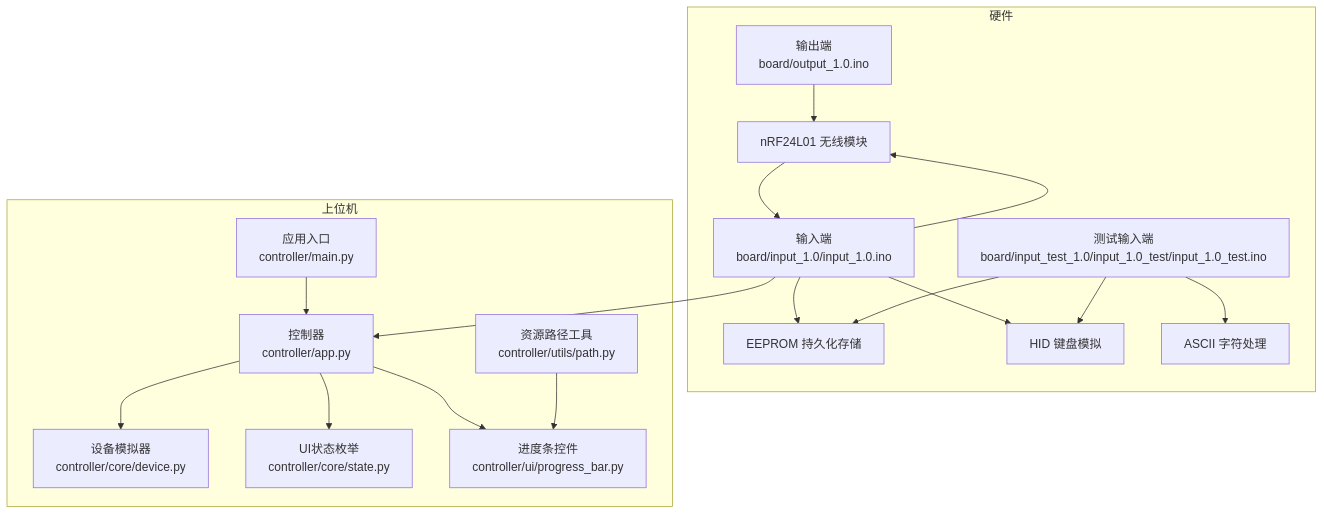
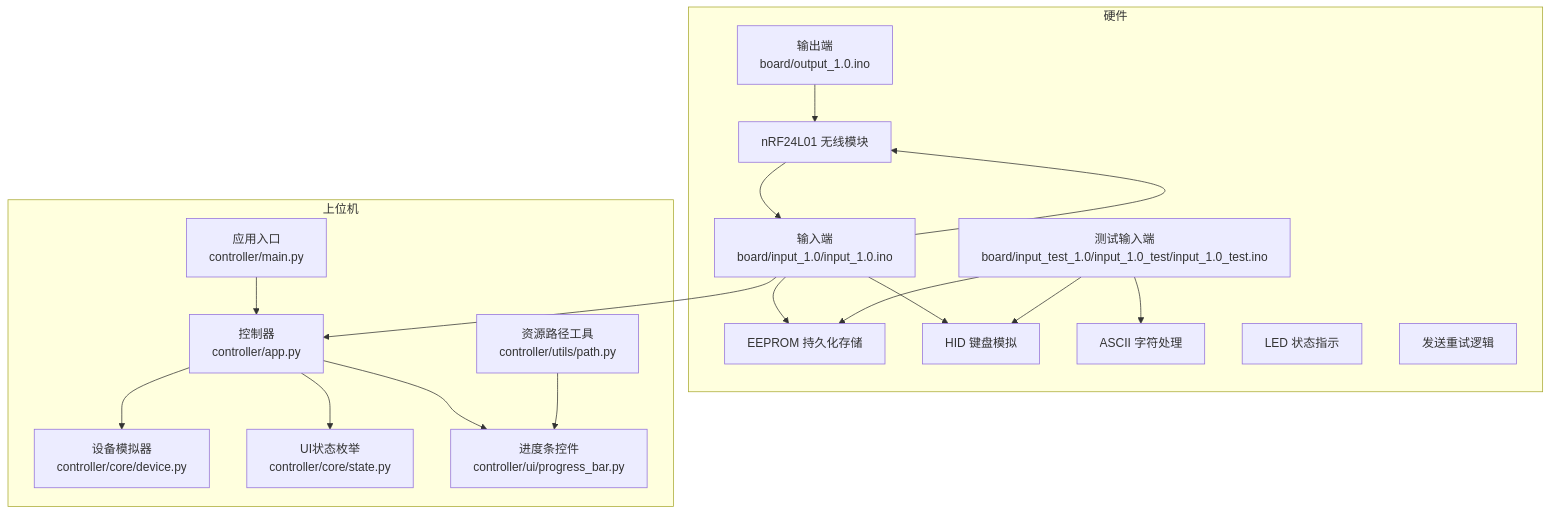
Before and after one commit to Hankun-P/wireless-keyboard-toy: the first of 9 diagrams in .qoder/repowiki/zh/content/硬件系统设计/固件实现细节.md, drawn with Mermaid. The commit also changed other lines of this file and 10 other files, not shown here.

````diff
--- a/.qoder/repowiki/zh/content/硬件系统设计/固件实现细节.md
+++ b/.qoder/repowiki/zh/content/硬件系统设计/固件实现细节.md
@@ -59,34 +64,36 @@
 ```mermaid
 graph TB
 subgraph "硬件"
 OUT["输出端<br/>board/output_1.0.ino"]
 INP["输入端<br/>board/input_1.0/input_1.0.ino"]
 INP_TEST["测试输入端<br/>board/input_test_1.0/input_1.0_test/input_1.0_test.ino"]
 NRF["nRF24L01 无线模块"]
 EEPROM["EEPROM 持久化存储"]
 KEYBOARD["HID 键盘模拟"]
 ASCII["ASCII 字符处理"]
+LED["LED 状态指示"]
+RETRY["发送重试逻辑"]
 end
 subgraph "上位机"
 CTRL["控制器<br/>controller/app.py"]
 APP["应用入口<br/>controller/main.py"]
 DEV["设备模拟器<br/>controller/core/device.py"]
 STATE["UI状态枚举<br/>controller/core/state.py"]
 PROG["进度条控件<br/>controller/ui/progress_bar.py"]
 PATH["资源路径工具<br/>controller/utils/path.py"]
 end
 OUT --> NRF
 INP --> NRF
 INP --> EEPROM
 INP --> KEYBOARD
 INP_TEST --> EEPROM
 INP_TEST --> KEYBOARD
 INP_TEST --> ASCII
 NRF --> INP
 INP --> CTRL
 CTRL --> DEV
 CTRL --> STATE
 CTRL --> PROG
 APP --> CTRL
 PATH --> PROG
 ```
````
